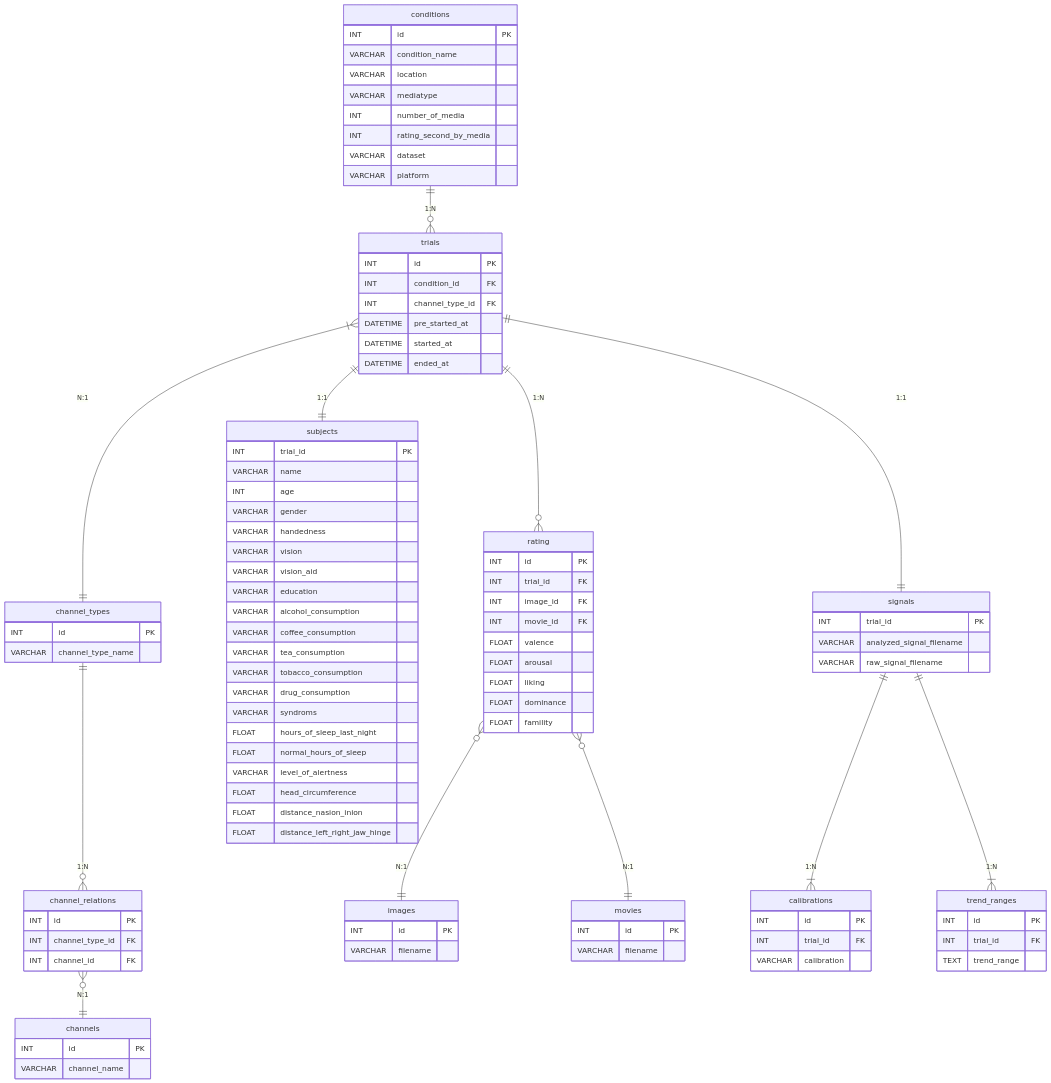
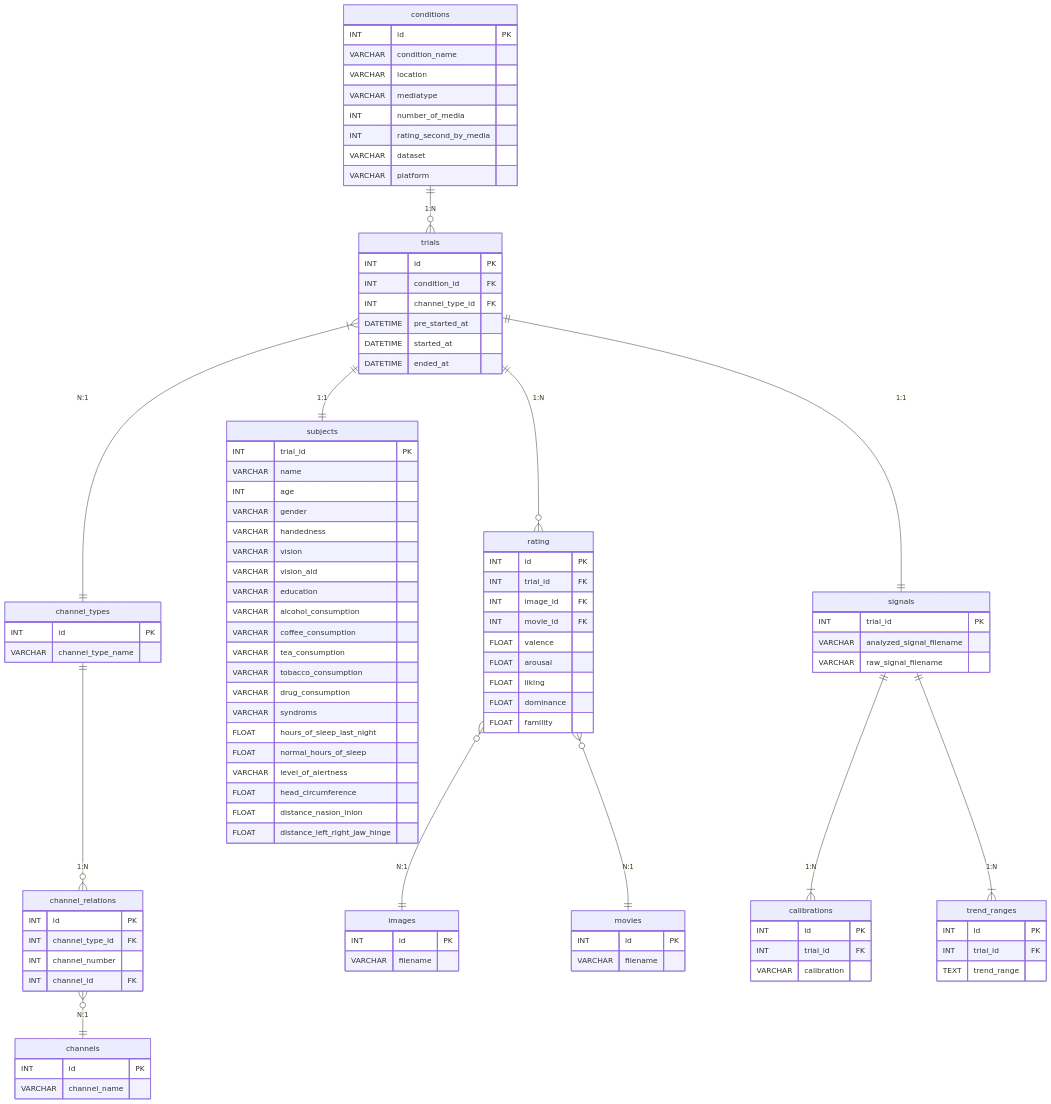
The diagram in README.md (ISDL-dev/MERS), drawn with Mermaid before and after one commit.

```diff
--- a/README.md
+++ b/README.md
@@ -137,6 +137,7 @@
     channel_relations {
         INT id PK
         INT channel_type_id FK
+        INT channel_number
         INT channel_id FK
     }
 
```
